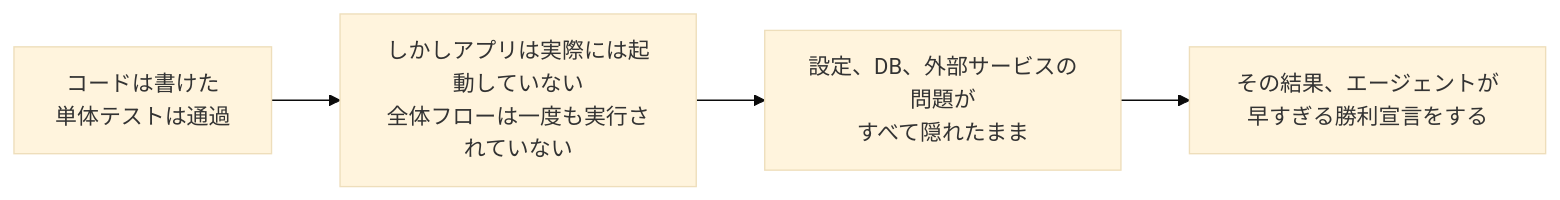
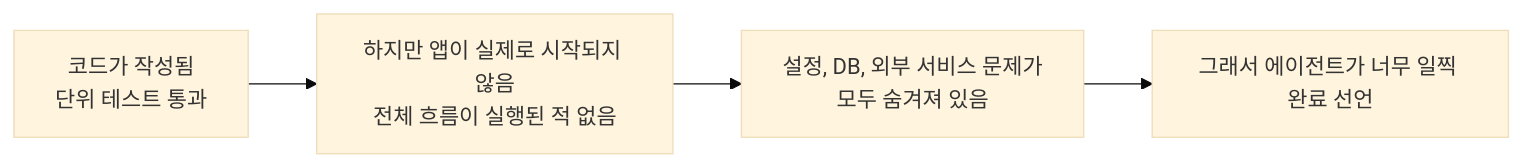
One commit to mkusaka/learn-harness-engineering changed the second of 2 diagrams in docs/ko/lectures/lecture-09-why-agents-declare-victory-too-early/index.md. Above: the diagram before and after it, drawn with Mermaid (base theme). The commit also changed other lines of this file and 684 other files, not shown here.

````diff
--- a/docs/ko/lectures/lecture-09-why-agents-declare-victory-too-early/index.md
+++ b/docs/ko/lectures/lecture-09-why-agents-declare-victory-too-early/index.md
@@ -30,6 +30,6 @@
 ```mermaid
 flowchart LR
-    A["コードは書けた<br/>単体テストは通過"] --> B["しかしアプリは実際には起動していない<br/>全体フローは一度も実行されていない"]
-    B --> C["設定、DB、外部サービスの問題が<br/>すべて隠れたまま"]
-    C --> D["その結果、エージェントが早すぎる勝利宣言をする"]
+    A["코드가 작성됨<br/>단위 테스트 통과"] --> B["하지만 앱이 실제로 시작되지 않음<br/>전체 흐름이 실행된 적 없음"]
+    B --> C["설정, DB, 외부 서비스 문제가<br/>모두 숨겨져 있음"]
+    C --> D["그래서 에이전트가 너무 일찍 완료 선언"]
 ```
````
